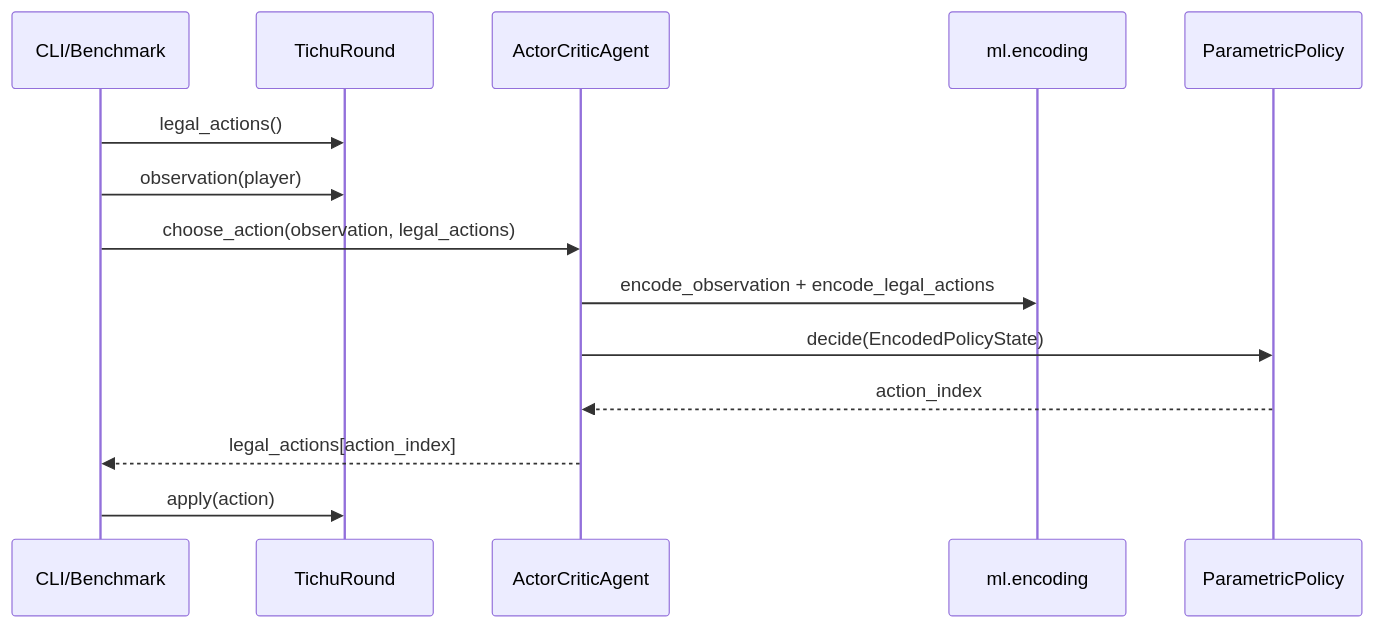
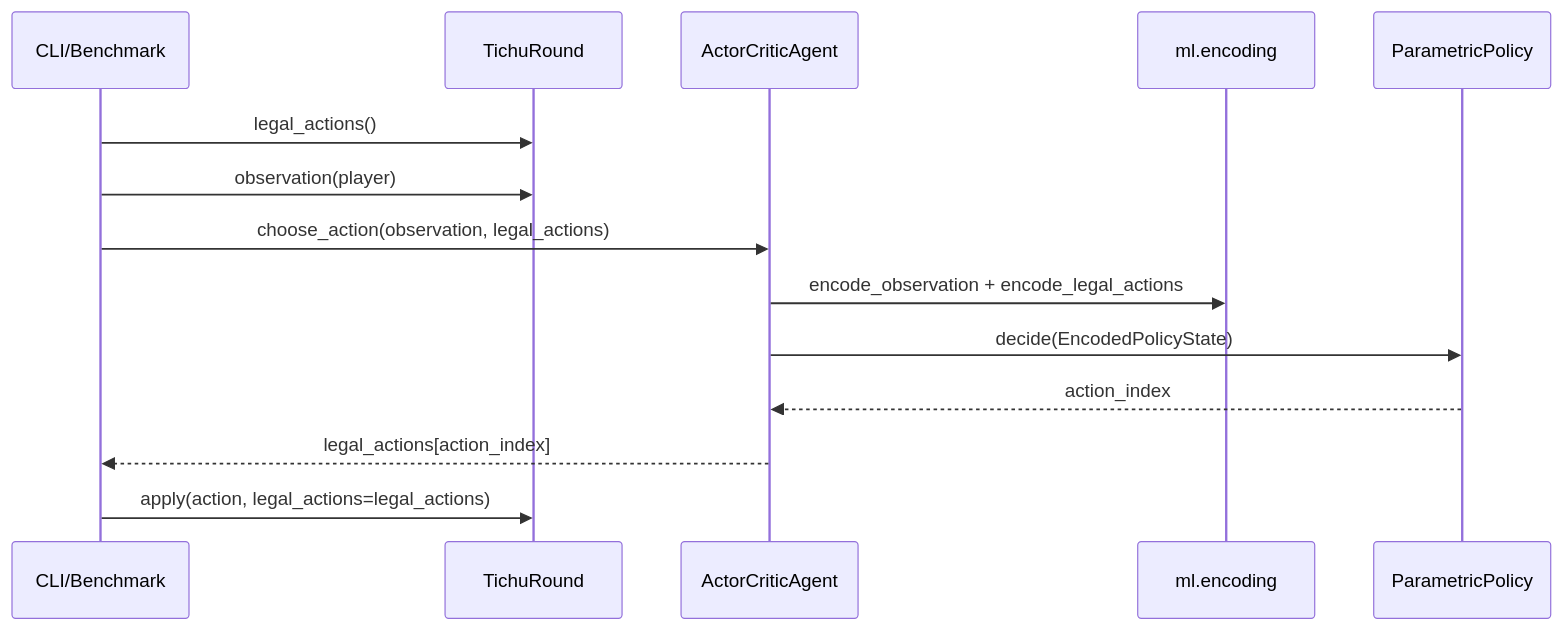
One commit to wemaxon/tichu-agent changed the fifth of 7 diagrams in docs/ml_architecture.md. Above: the diagram before and after it, drawn with Mermaid. The commit also changed other lines of this file and 1 other file, not shown here.

````diff
--- a/docs/ml_architecture.md
+++ b/docs/ml_architecture.md
@@ -255,17 +281,17 @@
 ```mermaid
 sequenceDiagram
     participant Script as CLI/Benchmark
     participant Engine as TichuRound
     participant Agent as ActorCriticAgent
     participant Encoder as ml.encoding
     participant Policy as ParametricPolicy
 
     Script->>Engine: legal_actions()
     Script->>Engine: observation(player)
     Script->>Agent: choose_action(observation, legal_actions)
     Agent->>Encoder: encode_observation + encode_legal_actions
     Agent->>Policy: decide(EncodedPolicyState)
     Policy-->>Agent: action_index
     Agent-->>Script: legal_actions[action_index]
-    Script->>Engine: apply(action)
+    Script->>Engine: apply(action, legal_actions=legal_actions)
 ```
````
